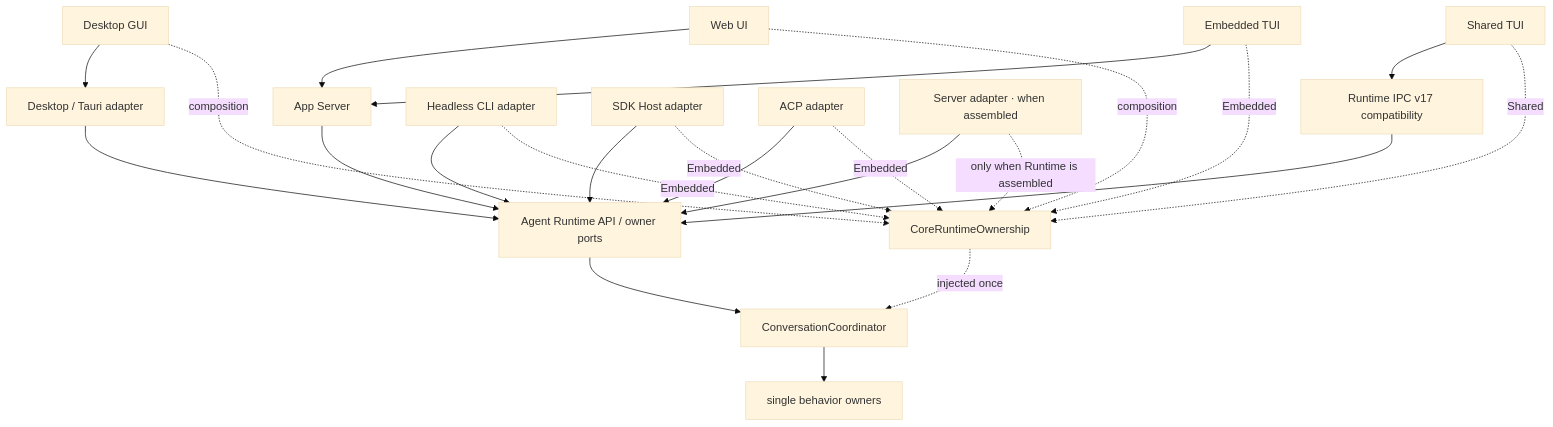
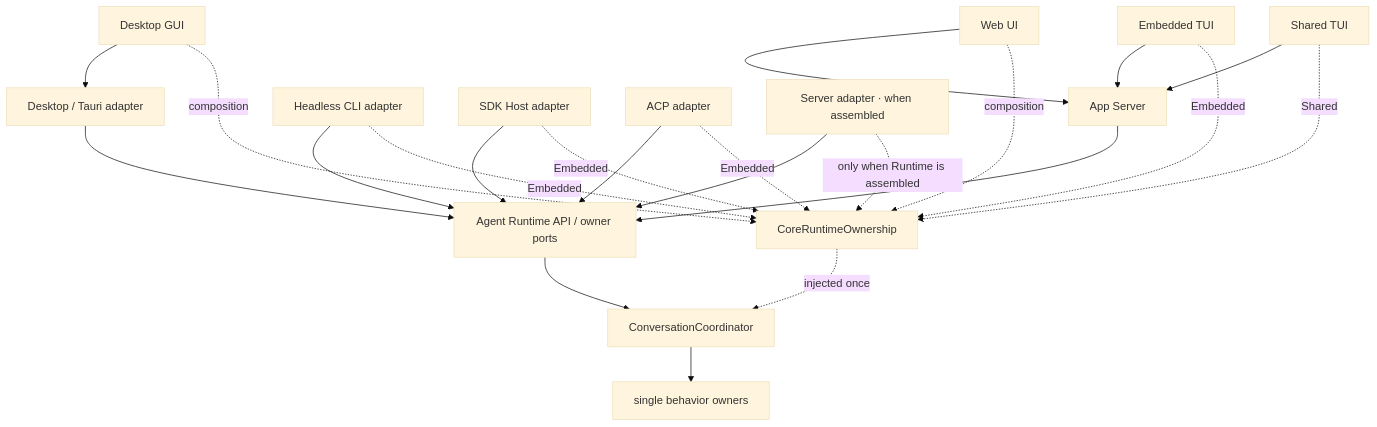
Diagram 11 of 15 in docs/architecture/agent-runtime-deployment-design.md (GCWing/BitFun), drawn with Mermaid (base theme) before and after one commit. The commit also changed other lines of this file and 87 other files, not shown here.

Commit message:
feat(app-server): add sharedv2 command

````diff
--- a/docs/architecture/agent-runtime-deployment-design.md
+++ b/docs/architecture/agent-runtime-deployment-design.md
@@ -329,26 +298,25 @@
 ```mermaid
 flowchart TB
   GUI["Desktop GUI"] --> DesktopAdapter["Desktop / Tauri adapter"]
   Web["Web UI"] --> AppServer["App Server"]
   EmbeddedTUI["Embedded TUI"] --> AppServer
-  SharedTUI["Shared TUI"] --> SharedCompat["Runtime IPC v17 compatibility"]
+  SharedTUI["Shared TUI"] --> AppServer
   DesktopAdapter --> API["Agent Runtime API / owner ports"]
   AppServer --> API["Agent Runtime API / owner ports"]
-  SharedCompat --> API
   CLI["Headless CLI adapter"] --> API
   SDK["SDK Host adapter"] --> API
   ACP["ACP adapter"] --> API
   Server["Server adapter · when assembled"] --> API
   API --> Coordinator["ConversationCoordinator"]
   Coordinator --> Behavior["single behavior owners"]
 
   GUI -. "composition" .-> Ownership["CoreRuntimeOwnership"]
   Web -. "composition" .-> Ownership
   EmbeddedTUI -. "Embedded" .-> Ownership
   SharedTUI -. "Shared" .-> Ownership
   CLI -. "Embedded" .-> Ownership
   SDK -. "Embedded" .-> Ownership
   ACP -. "Embedded" .-> Ownership
   Server -. "only when Runtime is assembled" .-> Ownership
   Ownership -. "injected once" .-> Coordinator
 ```
````
